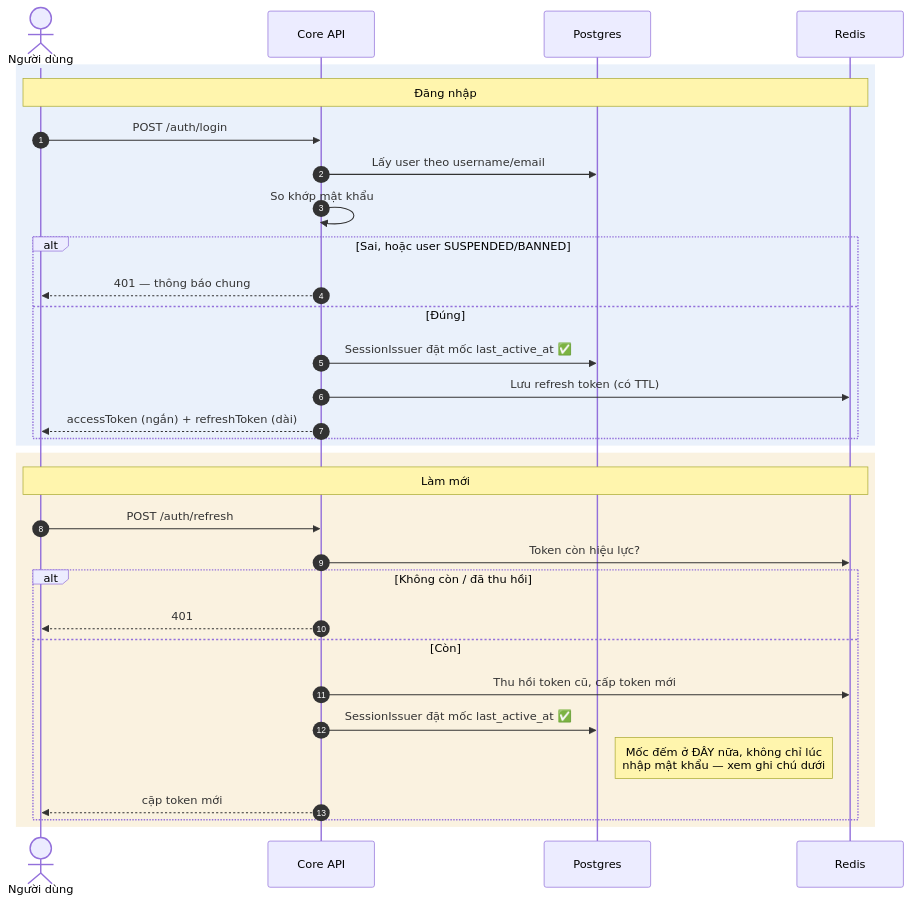
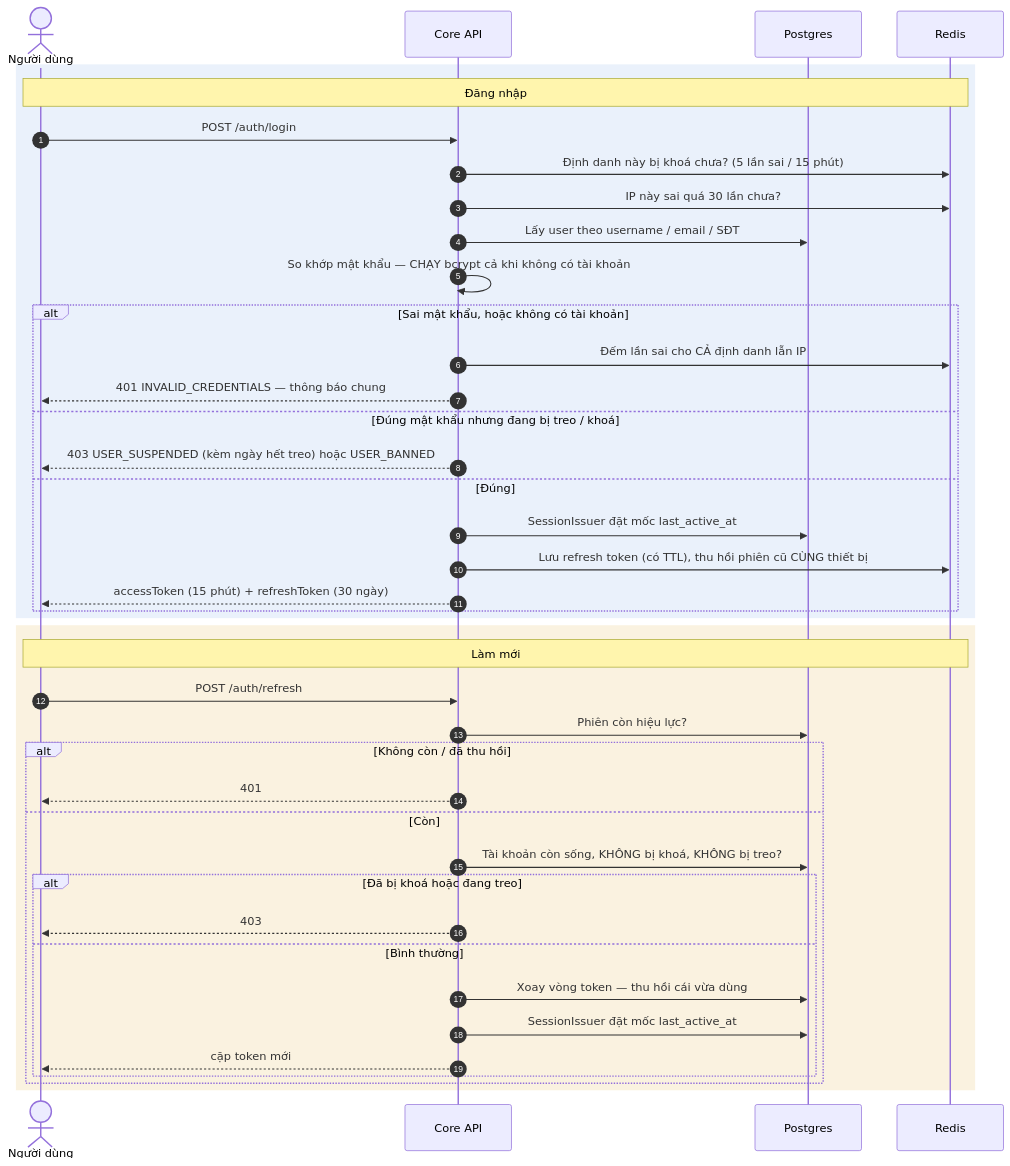
One commit to fdshn/trueheart changed the second of 6 diagrams in docs/diagram/01-auth.md. Above: the diagram before and after it, drawn with Mermaid. The commit also changed other lines of this file and 65 other files, not shown here.

First line of the commit message:
feat(auth): xác minh email, đổi mật khẩu, và ba lỗ phiên đăng nhập

````diff
--- a/docs/diagram/01-auth.md
+++ b/docs/diagram/01-auth.md
@@ -52,36 +76,45 @@
 ```mermaid
 sequenceDiagram
     autonumber
     actor U as Người dùng
     participant API as Core API
     participant DB as Postgres
     participant R as Redis
 
     rect rgba(80, 140, 220, 0.12)
     Note over U,R: Đăng nhập
     U->>API: POST /auth/login
-    API->>DB: Lấy user theo username/email
-    API->>API: So khớp mật khẩu
-    alt Sai, hoặc user SUSPENDED/BANNED
-        API-->>U: 401 — thông báo chung
+    API->>R: Định danh này bị khoá chưa? (5 lần sai / 15 phút)
+    API->>R: IP này sai quá 30 lần chưa?
+    API->>DB: Lấy user theo username / email / SĐT
+    API->>API: So khớp mật khẩu — CHẠY bcrypt cả khi không có tài khoản
+    alt Sai mật khẩu, hoặc không có tài khoản
+        API->>R: Đếm lần sai cho CẢ định danh lẫn IP
+        API-->>U: 401 INVALID_CREDENTIALS — thông báo chung
+    else Đúng mật khẩu nhưng đang bị treo / khoá
+        API-->>U: 403 USER_SUSPENDED (kèm ngày hết treo) hoặc USER_BANNED
     else Đúng
-        API->>DB: SessionIssuer đặt mốc last_active_at ✅
-        API->>R: Lưu refresh token (có TTL)
-        API-->>U: accessToken (ngắn) + refreshToken (dài)
+        API->>DB: SessionIssuer đặt mốc last_active_at
+        API->>R: Lưu refresh token (có TTL), thu hồi phiên cũ CÙNG thiết bị
+        API-->>U: accessToken (15 phút) + refreshToken (30 ngày)
     end
     end
 
     rect rgba(220, 160, 40, 0.14)
     Note over U,R: Làm mới
     U->>API: POST /auth/refresh
-    API->>R: Token còn hiệu lực?
+    API->>DB: Phiên còn hiệu lực?
     alt Không còn / đã thu hồi
         API-->>U: 401
     else Còn
-        API->>R: Thu hồi token cũ, cấp token mới
-        API->>DB: SessionIssuer đặt mốc last_active_at ✅
-        Note right of DB: Mốc đếm ở ĐÂY nữa, không chỉ lúc<br/>nhập mật khẩu — xem ghi chú dưới
-        API-->>U: cặp token mới
+        API->>DB: Tài khoản còn sống, KHÔNG bị khoá, KHÔNG bị treo?
+        alt Đã bị khoá hoặc đang treo
+            API-->>U: 403
+        else Bình thường
+            API->>DB: Xoay vòng token — thu hồi cái vừa dùng
+            API->>DB: SessionIssuer đặt mốc last_active_at
+            API-->>U: cặp token mới
+        end
     end
     end
 ```
````
